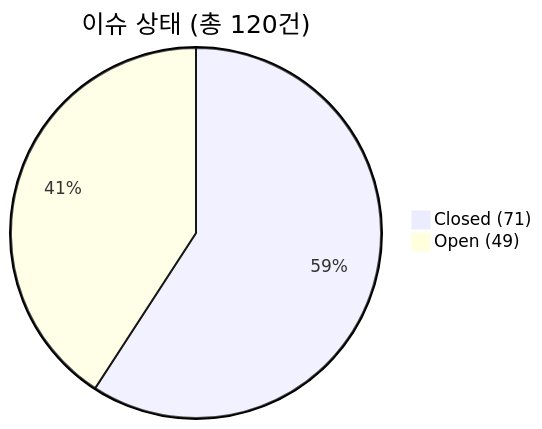
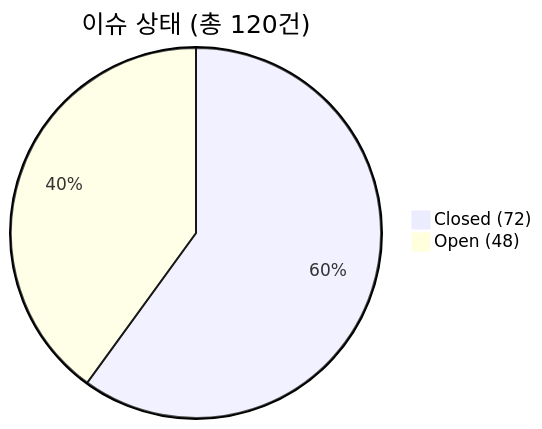
Before and after one commit to holee9/MD-process: the first of 4 diagrams in README.md, drawn with Mermaid. The commit also changed other lines of this file, not shown here.

````diff
--- a/README.md
+++ b/README.md
@@ -87,5 +87,5 @@
 ```mermaid
 pie title 이슈 상태 (총 120건)
-    "Closed (71)" : 71
-    "Open (49)" : 49
+    "Closed (72)" : 72
+    "Open (48)" : 48
 ```
````
